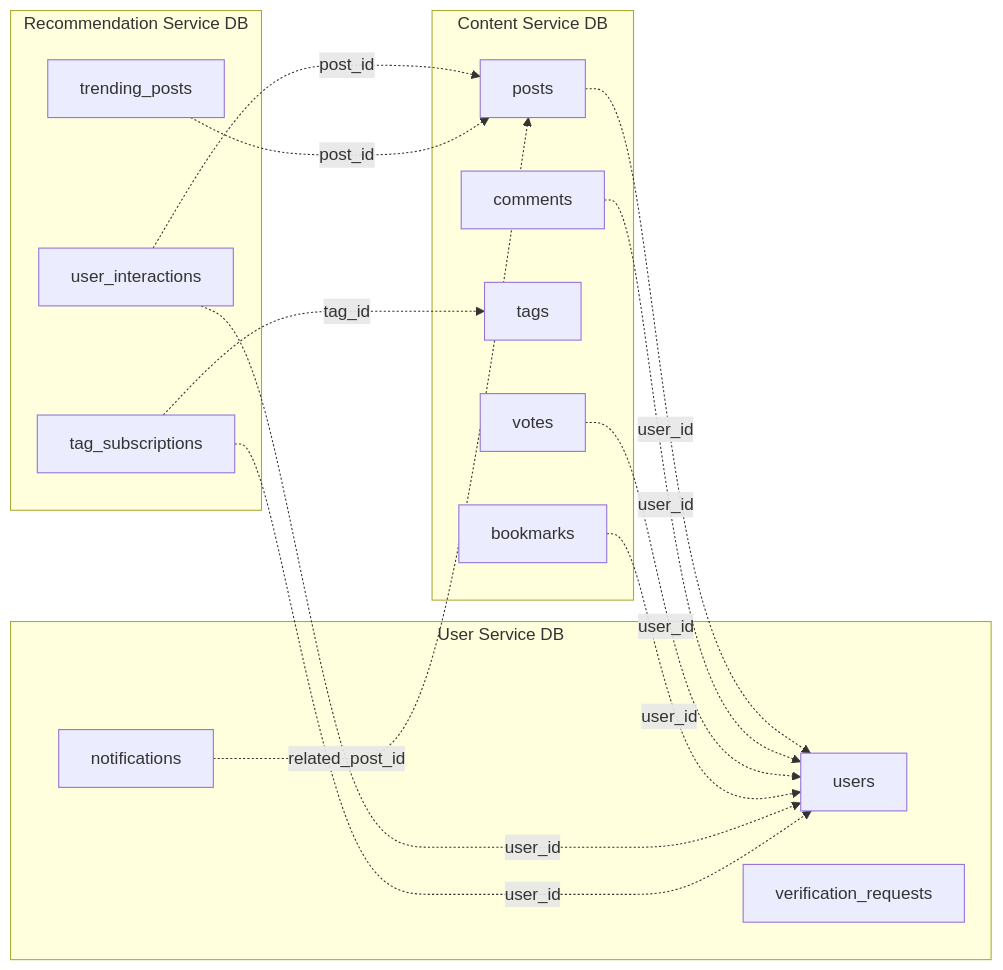
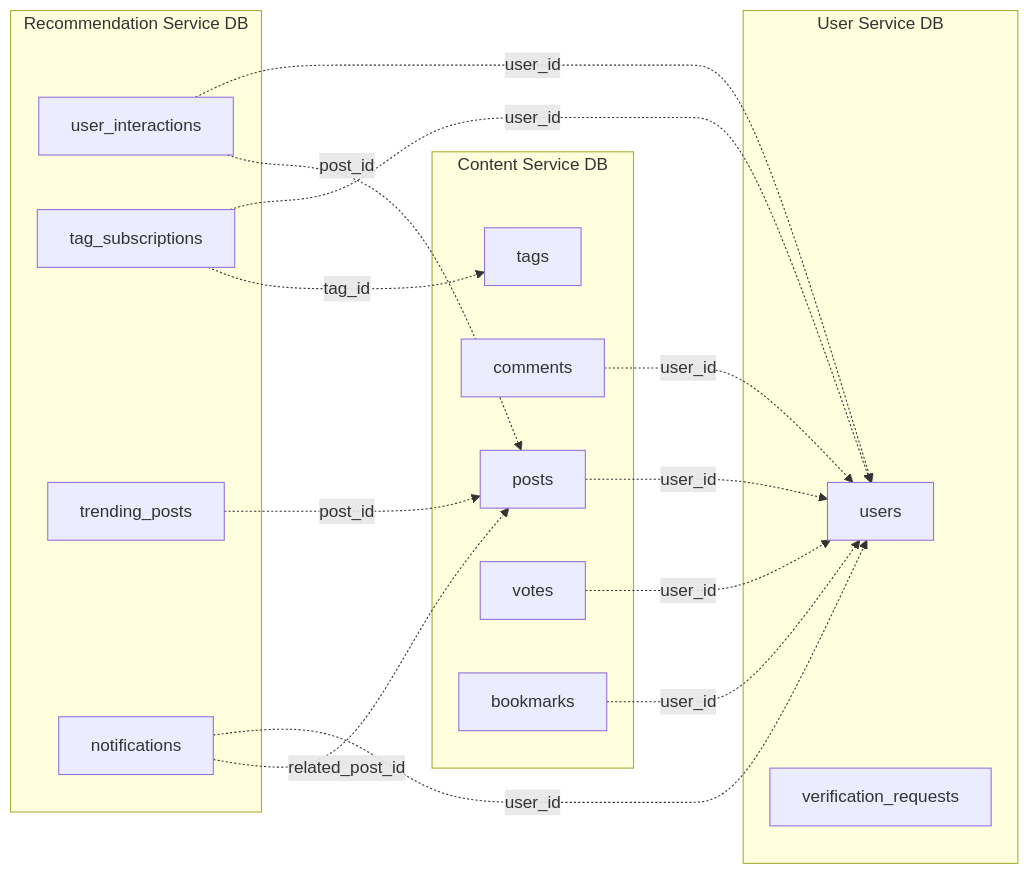
The diagram in docs/database/schema.md (AET-DevOps26/team-colleague-md), drawn with Mermaid before and after one commit. The commit also changed other lines of this file and 2 other files, not shown here.

````diff
--- a/docs/database/schema.md
+++ b/docs/database/schema.md
@@ -21,33 +21,34 @@
 ```mermaid
 graph LR
     subgraph US["User Service DB"]
         users
         verification_requests
-        notifications
     end
 
     subgraph CS["Content Service DB"]
         posts
         comments
         tags
         votes
         bookmarks
     end
 
     subgraph RS["Recommendation Service DB"]
         user_interactions
         tag_subscriptions
         trending_posts
+        notifications
     end
 
     posts -.->|user_id| users
     comments -.->|user_id| users
     votes -.->|user_id| users
     bookmarks -.->|user_id| users
+    notifications -.->|user_id| users
     notifications -.->|related_post_id| posts
     user_interactions -.->|user_id| users
     user_interactions -.->|post_id| posts
     tag_subscriptions -.->|user_id| users
     tag_subscriptions -.->|tag_id| tags
     trending_posts -.->|post_id| posts
 ```
````
